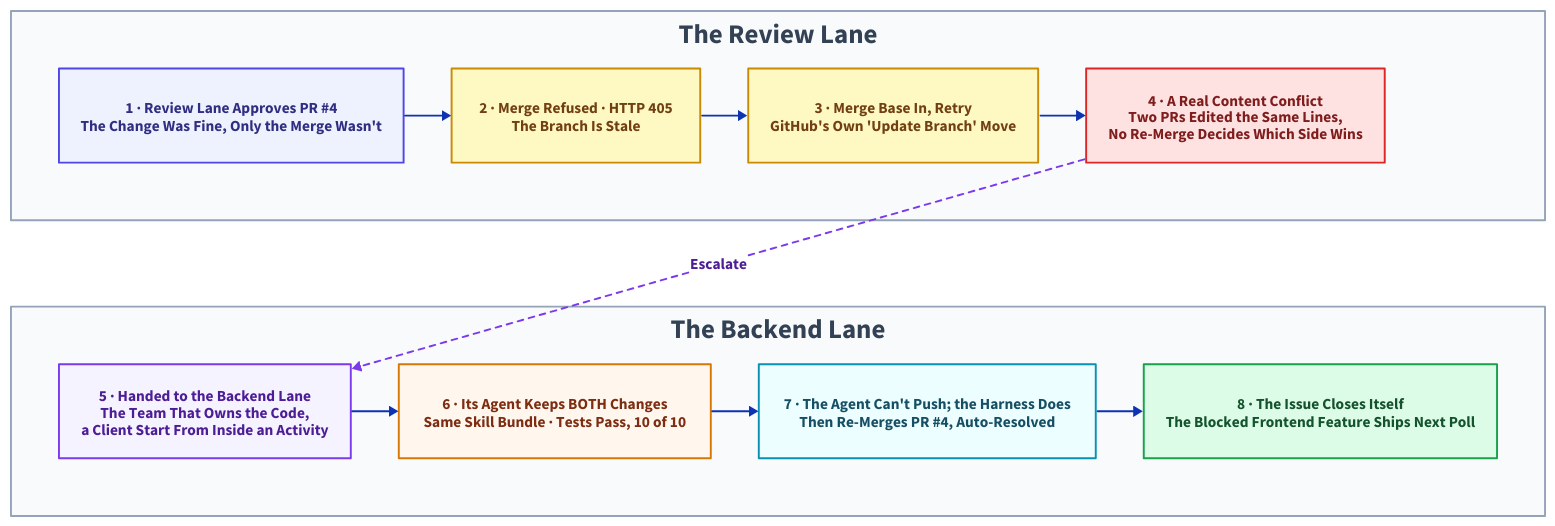
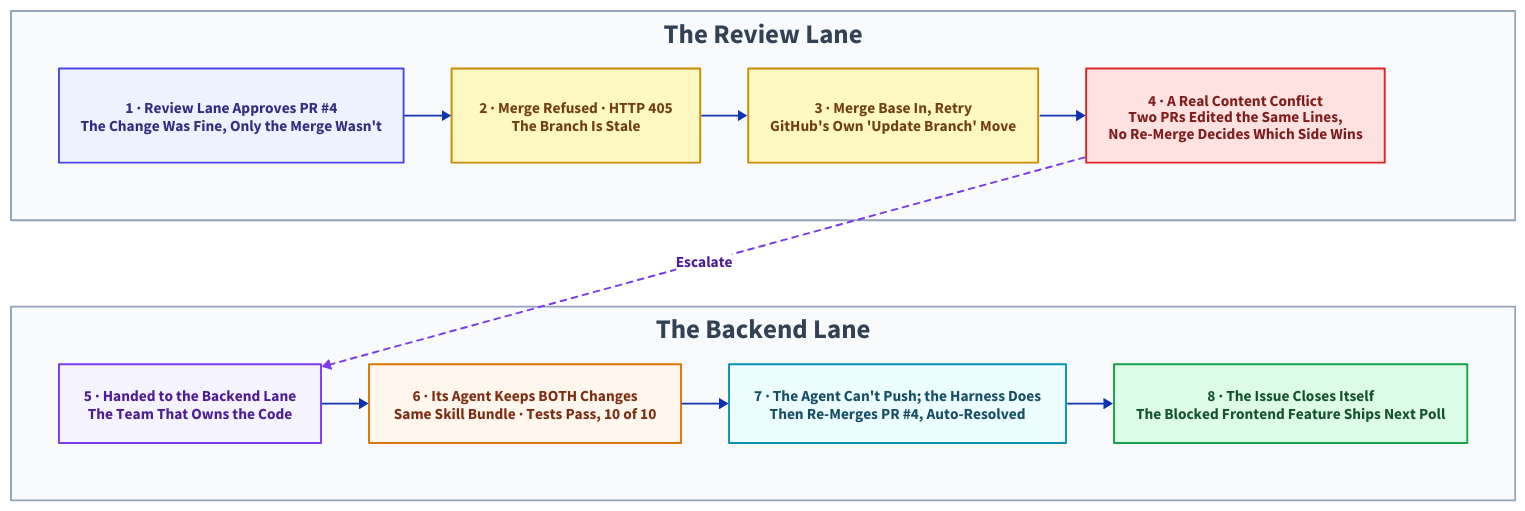
One commit to thumarrushik/crash-proof-team-of-coding-agents changed the diagram in assets/diagram-src/conflict.d2. Above: the diagram before and after it, drawn with D2. The commit also changed 45 other files, not shown here.

```diff
--- a/assets/diagram-src/conflict.d2
+++ b/assets/diagram-src/conflict.d2
@@ -1,46 +1,46 @@
 # The conflict that resolved itself, read like a comic strip:
 # top row = the review lane detects it; bottom row = the owning team resolves it.
 grid-rows: 2
 vertical-gap: 90
 
 review: "The Review Lane" {
   grid-columns: 4
   horizontal-gap: 50
   style: {fill: "#f8fafc"; stroke: "#94a3b8"; font-color: "#334155"; bold: true}
 
   approve: "1 · Review Lane Approves PR #4\nThe Change Was Fine, Only the Merge Wasn't" {
     style: {fill: "#eef2ff"; stroke: "#4f46e5"; font-color: "#312e81"; bold: true}
   }
   refused: "2 · Merge Refused · HTTP 405\nThe Branch Is Stale" {
     style: {fill: "#fef9c3"; stroke: "#ca8a04"; font-color: "#713f12"}
   }
   retry: "3 · Merge Base In, Retry\nGitHub's Own 'Update Branch' Move" {
     style: {fill: "#fef9c3"; stroke: "#ca8a04"; font-color: "#713f12"}
   }
   conflict: "4 · A Real Content Conflict\nTwo PRs Edited the Same Lines,\nNo Re-Merge Decides Which Side Wins" {
     style: {fill: "#fee2e2"; stroke: "#dc2626"; font-color: "#7f1d1d"; bold: true}
   }
 }
 
 backend: "The Backend Lane" {
   grid-columns: 4
   horizontal-gap: 50
   style: {fill: "#f8fafc"; stroke: "#94a3b8"; font-color: "#334155"; bold: true}
 
-  escalate: "5 · Handed to the Backend Lane\nThe Team That Owns the Code,\na Client Start From Inside an Activity" {
+  escalate: "5 · Handed to the Backend Lane\nThe Team That Owns the Code" {
     style: {fill: "#f5f3ff"; stroke: "#7c3aed"; font-color: "#4c1d95"; bold: true}
   }
   fix: "6 · Its Agent Keeps BOTH Changes\nSame Skill Bundle · Tests Pass, 10 of 10" {
     style: {fill: "#fff7ed"; stroke: "#d97706"; font-color: "#7c2d12"}
   }
   push: "7 · The Agent Can't Push; the Harness Does\nThen Re-Merges PR #4, Auto-Resolved" {
     style: {fill: "#ecfeff"; stroke: "#0891b2"; font-color: "#164e63"}
   }
   ship: "8 · The Issue Closes Itself\nThe Blocked Frontend Feature Ships Next Poll" {
     style: {fill: "#dcfce7"; stroke: "#16a34a"; font-color: "#14532d"; bold: true}
   }
 }
 
 review.approve -> review.refused -> review.retry -> review.conflict
 review.conflict -> backend.escalate: "Escalate" {style: {stroke-dash: 3; stroke: "#7c3aed"; font-color: "#4c1d95"; bold: true}}
 backend.escalate -> backend.fix -> backend.push -> backend.ship
```
